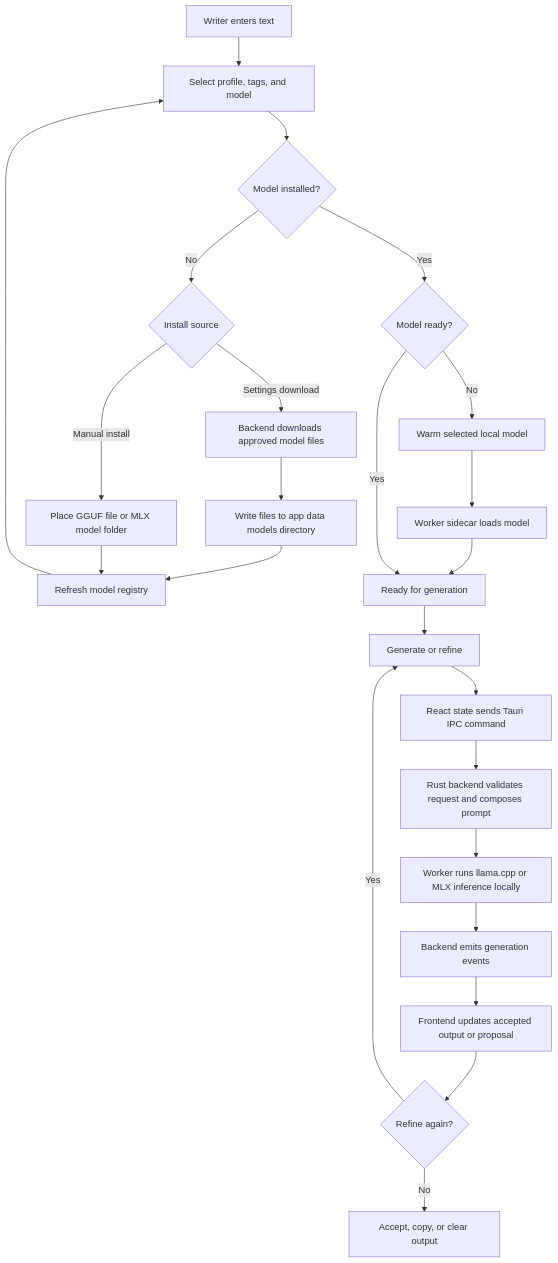
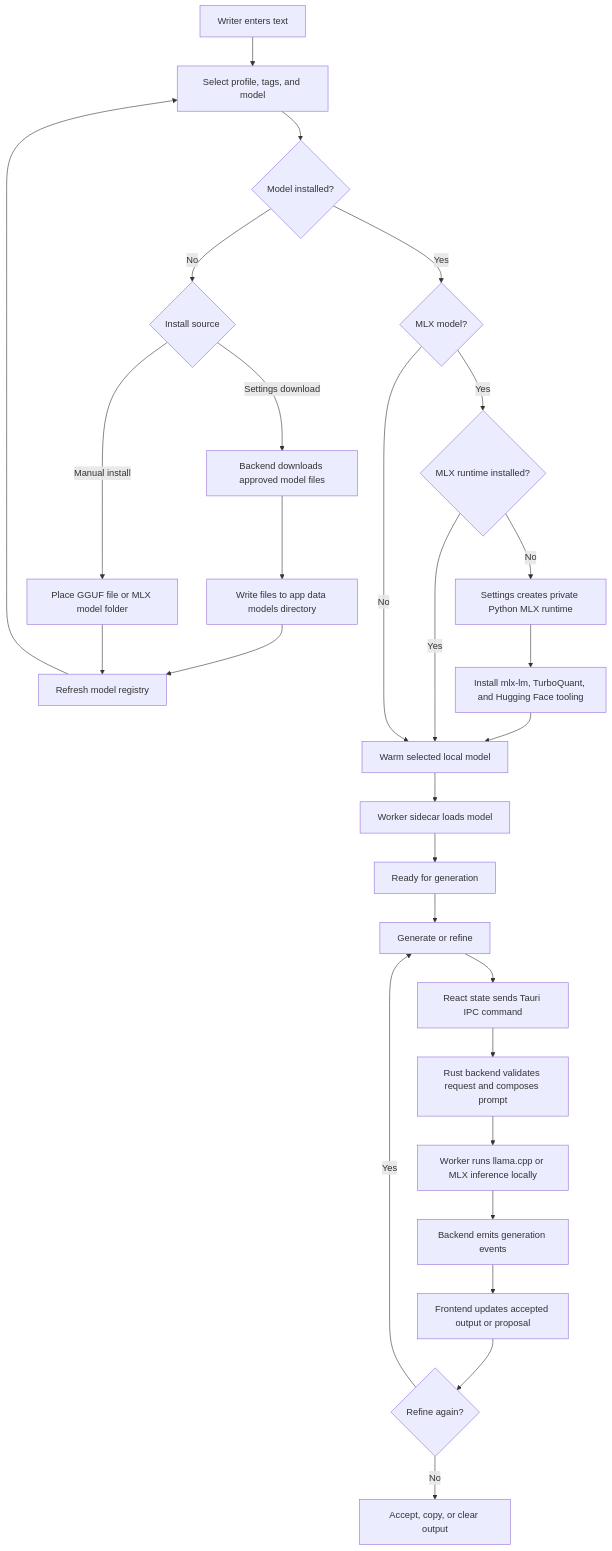
One commit to stephenlclarke/ModuTone changed the diagram in README.md. Above: the diagram before and after it, drawn with Mermaid. The commit also changed other lines of this file and 21 other files, not shown here.

First line of the commit message:
feat(mlx): add in-app runtime setup

````diff
--- a/README.md
+++ b/README.md
@@ -62,26 +64,30 @@
 ```mermaid
 flowchart TD
     A[Writer enters text] --> B[Select profile, tags, and model]
     B --> C{Model installed?}
     C -- No --> D{Install source}
     D -- Settings download --> E[Backend downloads approved model files]
     E --> F[Write files to app data models directory]
     D -- Manual install --> G[Place GGUF file or MLX model folder]
     F --> H[Refresh model registry]
     G --> H
     H --> B
-    C -- Yes --> I{Model ready?}
-    I -- No --> J[Warm selected local model]
-    J --> K[Worker sidecar loads model]
-    K --> L[Ready for generation]
-    I -- Yes --> L
-    L --> M[Generate or refine]
-    M --> N[React state sends Tauri IPC command]
-    N --> O[Rust backend validates request and composes prompt]
-    O --> P[Worker runs llama.cpp or MLX inference locally]
-    P --> Q[Backend emits generation events]
-    Q --> R[Frontend updates accepted output or proposal]
-    R --> S{Refine again?}
-    S -- Yes --> M
-    S -- No --> T[Accept, copy, or clear output]
+    C -- Yes --> I{MLX model?}
+    I -- Yes --> J{MLX runtime installed?}
+    J -- No --> K[Settings creates private Python MLX runtime]
+    K --> L[Install mlx-lm, TurboQuant, and Hugging Face tooling]
+    L --> M[Warm selected local model]
+    J -- Yes --> M
+    I -- No --> M
+    M --> N[Worker sidecar loads model]
+    N --> O[Ready for generation]
+    O --> P[Generate or refine]
+    P --> Q[React state sends Tauri IPC command]
+    Q --> R[Rust backend validates request and composes prompt]
+    R --> S[Worker runs llama.cpp or MLX inference locally]
+    S --> T[Backend emits generation events]
+    T --> U[Frontend updates accepted output or proposal]
+    U --> V{Refine again?}
+    V -- Yes --> P
+    V -- No --> W[Accept, copy, or clear output]
 ```
````
